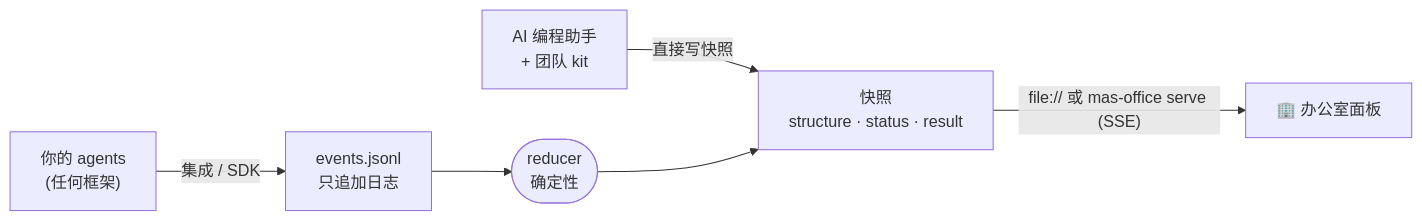
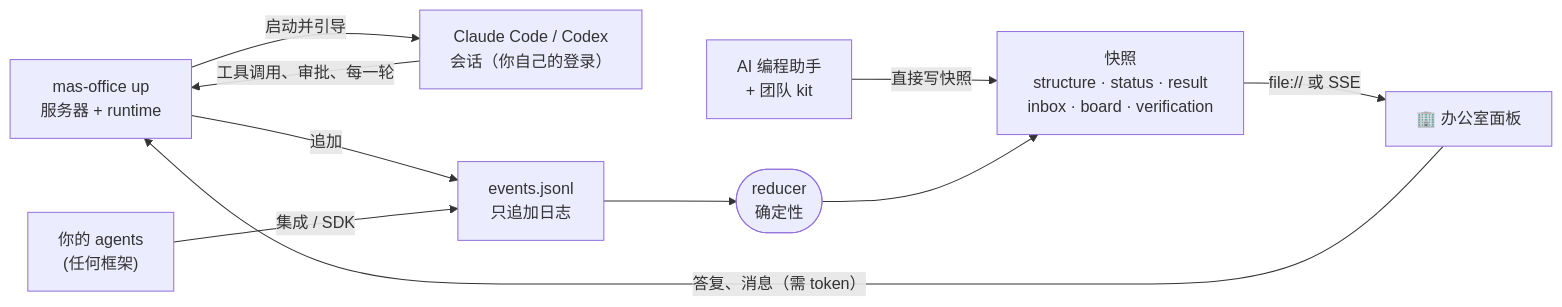
One commit to weixijia/mas-office changed the diagram in README.zh-CN.md. Above: the diagram before and after it, drawn with Mermaid. The commit also changed other lines of this file and 183 other files, not shown here.

````diff
--- a/README.zh-CN.md
+++ b/README.zh-CN.md
@@ -128,7 +195,11 @@
 ```mermaid
 flowchart LR
-  A["你的 agents<br/>(任何框架)"] -- "集成 / SDK" --> E["events.jsonl<br/>只追加日志"]
+  U["mas-office up<br/>服务器 + runtime"] -- "启动并引导" --> W["Claude Code / Codex<br/>会话（你自己的登录）"]
+  W -- "工具调用、审批、每一轮" --> U
+  U -- "追加" --> E["events.jsonl<br/>只追加日志"]
+  A["你的 agents<br/>(任何框架)"] -- "集成 / SDK" --> E
   K["AI 编程助手<br/>+ 团队 kit"] -- "直接写快照" --> S
-  E --> R(["reducer<br/>确定性"]) --> S["快照<br/>structure · status · result"]
-  S -- "file:// 或 mas-office serve (SSE)" --> P["🏢 办公室面板"]
+  E --> R(["reducer<br/>确定性"]) --> S["快照<br/>structure · status · result<br/>inbox · board · verification"]
+  S -- "file:// 或 SSE" --> P["🏢 办公室面板"]
+  P -- "答复、消息（需 token）" --> U
 ```
````
